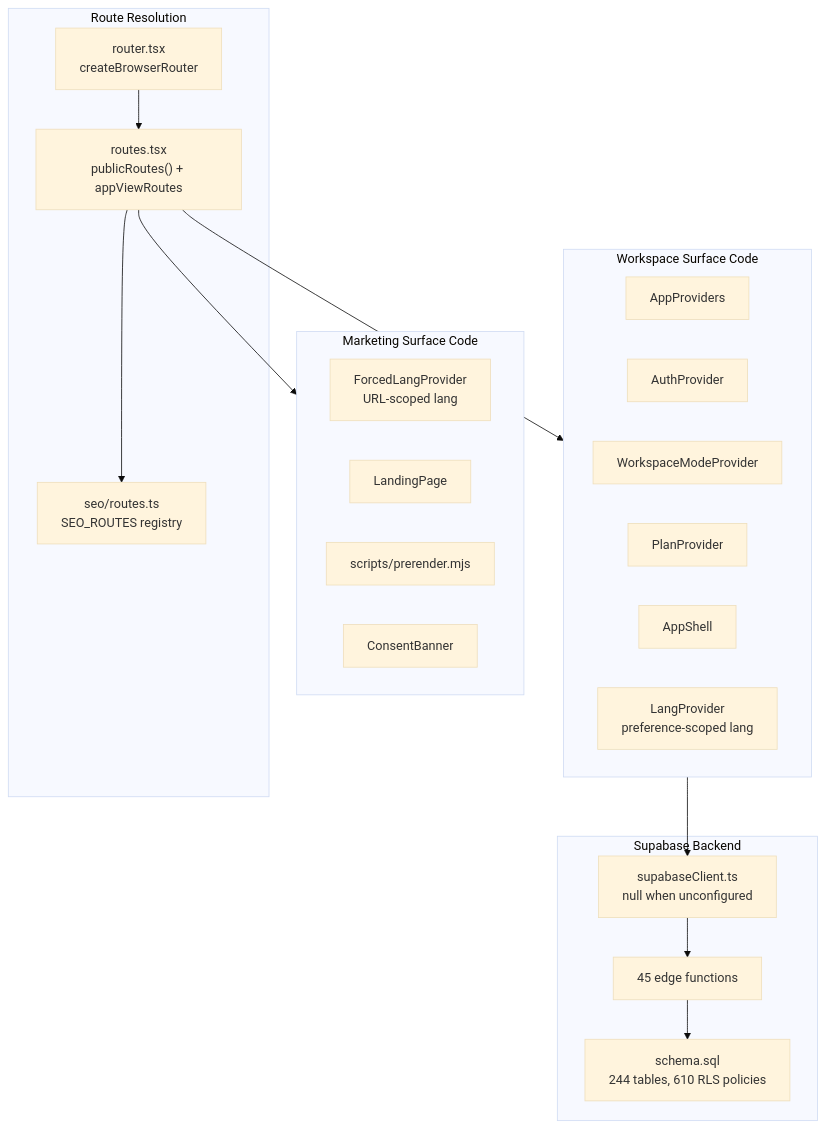
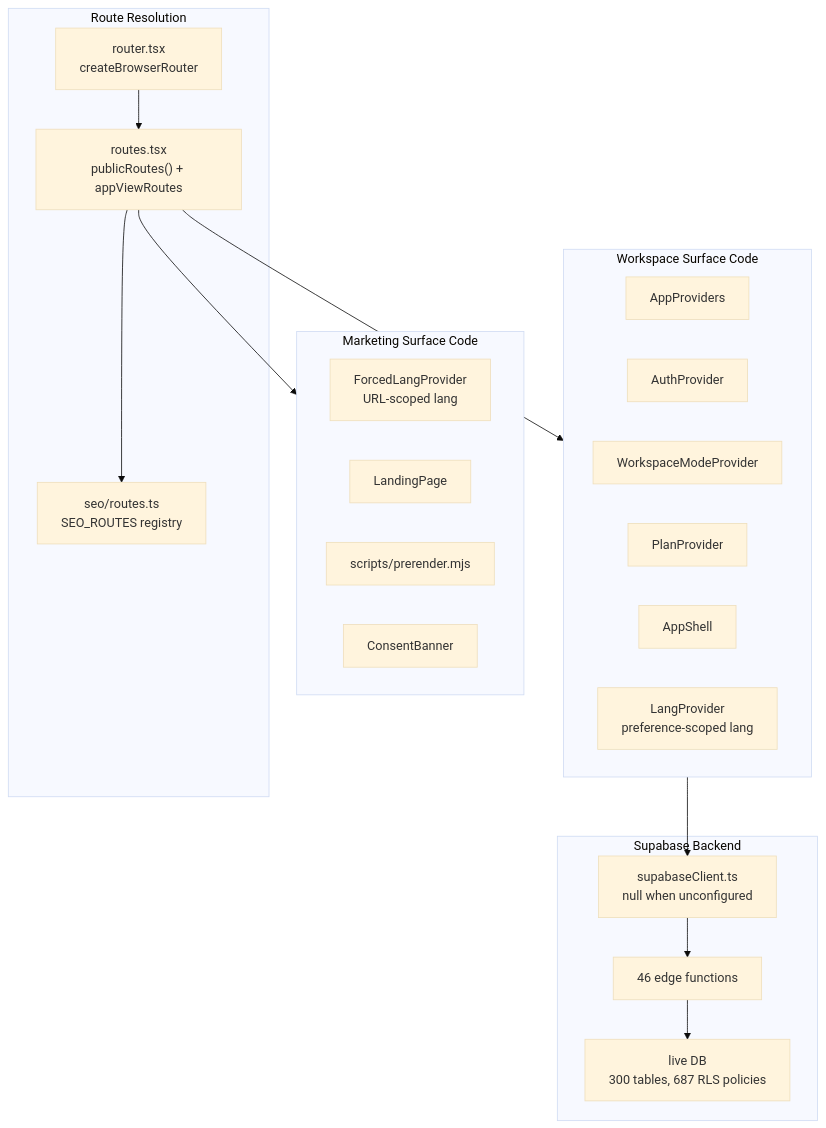
Before and after one commit to Dutiva-Canada/Dutiva_Web: the second of 3 diagrams in docs/wiki/Home.md, drawn with Mermaid (base theme). The commit also changed other lines of this file and 107 other files, not shown here.

````diff
--- a/docs/wiki/Home.md
+++ b/docs/wiki/Home.md
@@ -149,38 +149,38 @@
 ```mermaid
 graph TB
     subgraph Routing["Route Resolution"]
         ROUTER["router.tsx<br>createBrowserRouter"]
         ROUTES["routes.tsx<br>publicRoutes() + appViewRoutes"]
         SEO_REG["seo/routes.ts<br>SEO_ROUTES registry"]
     end
 
     subgraph Marketing["Marketing Surface Code"]
         FORCED_LANG["ForcedLangProvider<br>URL-scoped lang"]
         LANDING["LandingPage"]
         PRERENDER["scripts/prerender.mjs"]
         CONSENT["ConsentBanner"]
     end
 
     subgraph Workspace["Workspace Surface Code"]
         APP_PROVIDERS["AppProviders"]
         AUTH_PROV["AuthProvider"]
         WM_PROV["WorkspaceModeProvider"]
         PLAN_PROV["PlanProvider"]
         SHELL["AppShell"]
         LANG_PROV["LangProvider<br>preference-scoped lang"]
     end
 
     subgraph Backend["Supabase Backend"]
         SUPA_CLIENT["supabaseClient.ts<br>null when unconfigured"]
-        EDGE_FNS["45 edge functions"]
-        SCHEMA["schema.sql<br>244 tables, 610 RLS policies"]
+        EDGE_FNS["46 edge functions"]
+        SCHEMA["live DB<br>300 tables, 687 RLS policies"]
     end
 
     ROUTER --> ROUTES
     ROUTES --> SEO_REG
     ROUTES --> Marketing
     ROUTES --> Workspace
     Workspace --> SUPA_CLIENT
     SUPA_CLIENT --> EDGE_FNS
     EDGE_FNS --> SCHEMA
 ```
````
